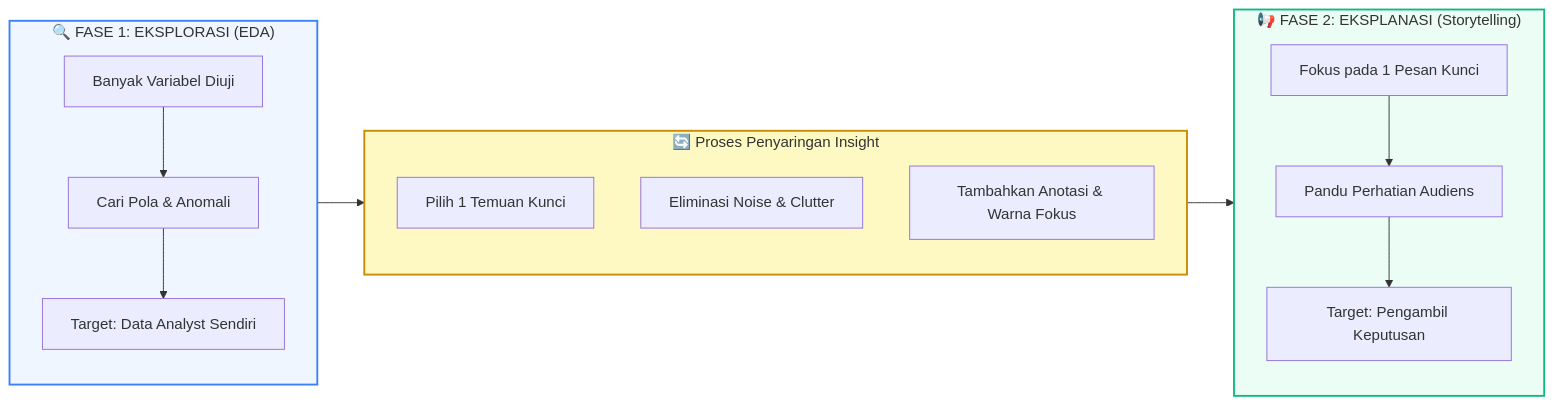
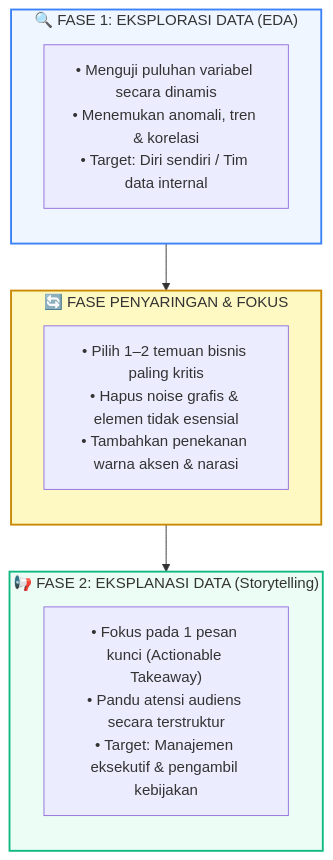
The third of 3 diagrams in docs/visualisasi-data/01-pengantar-visualisasi-data.md (mahendaruui/Perkuliahan), drawn with Mermaid before and after one commit. The commit also changed other lines of this file and 15 other files, not shown here.

Commit message:
refactor: update and standardize mermaid diagrams across all documentation modules

````diff
--- a/docs/visualisasi-data/01-pengantar-visualisasi-data.md
+++ b/docs/visualisasi-data/01-pengantar-visualisasi-data.md
@@ -106,27 +110,23 @@
 ```mermaid
-flowchart LR
-    subgraph Fase1["🔍 FASE 1: EKSPLORASI (EDA)"]
+flowchart TD
+    subgraph Fase1["🔍 FASE 1: EKSPLORASI DATA (EDA)"]
         direction TB
-        E1["Banyak Variabel Diuji"] --> E2["Cari Pola & Anomali"]
-        E2 --> E3["Target: Data Analyst Sendiri"]
+        E1["• Menguji puluhan variabel secara dinamis<br>• Menemukan anomali, tren & korelasi<br>• Target: Diri sendiri / Tim data internal"]
     end
 
-    subgraph Transformasi["🔄 Proses Penyaringan Insight"]
+    subgraph Transformasi["🔄 FASE PENYARINGAN & FOKUS"]
         direction TB
-        T1["Pilih 1 Temuan Kunci"]
-        T2["Eliminasi Noise & Clutter"]
-        T3["Tambahkan Anotasi & Warna Fokus"]
+        T1["• Pilih 1–2 temuan bisnis paling kritis<br>• Hapus noise grafis & elemen tidak esensial<br>• Tambahkan penekanan warna aksen & narasi"]
     end
 
-    subgraph Fase2["📢 FASE 2: EKSPLANASI (Storytelling)"]
+    subgraph Fase2["📢 FASE 2: EKSPLANASI DATA (Storytelling)"]
         direction TB
-        X1["Fokus pada 1 Pesan Kunci"] --> X2["Pandu Perhatian Audiens"]
-        X2 --> X3["Target: Pengambil Keputusan"]
+        X1["• Fokus pada 1 pesan kunci (Actionable Takeaway)<br>• Pandu atensi audiens secara terstruktur<br>• Target: Manajemen eksekutif & pengambil kebijakan"]
     end
 
     Fase1 --> Transformasi --> Fase2
 
     style Fase1 fill:#eff6ff,stroke:#3b82f6,stroke-width:2px
     style Transformasi fill:#fef9c3,stroke:#ca8a04,stroke-width:2px
     style Fase2 fill:#ecfdf5,stroke:#10b981,stroke-width:2px
 ```
````
